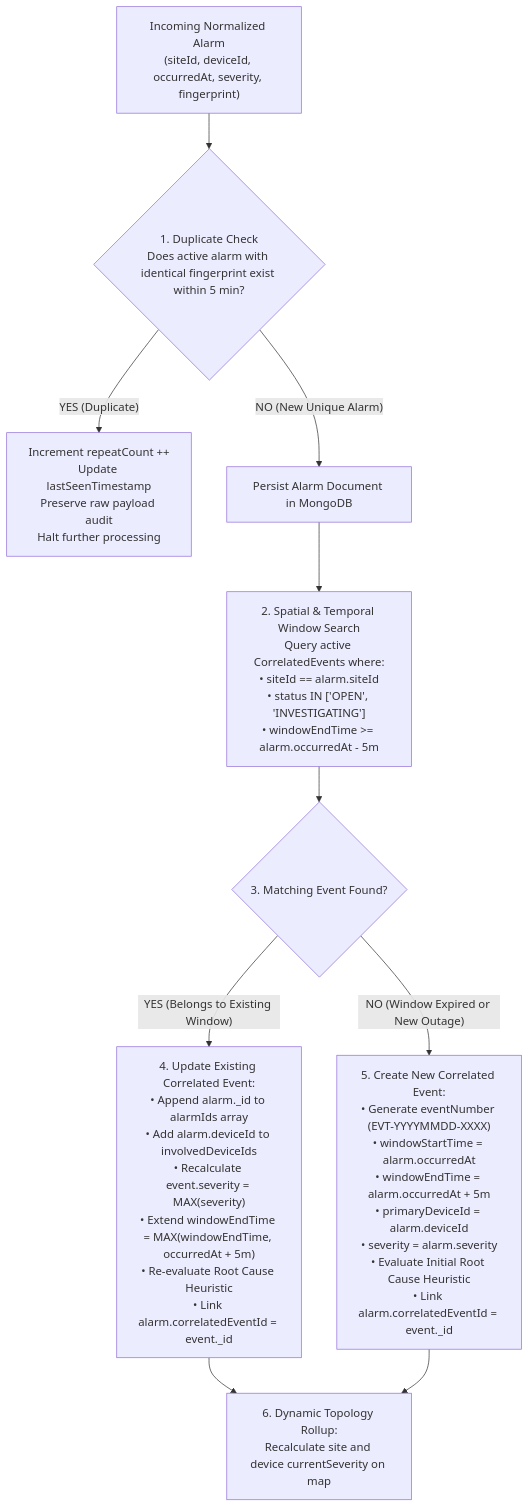
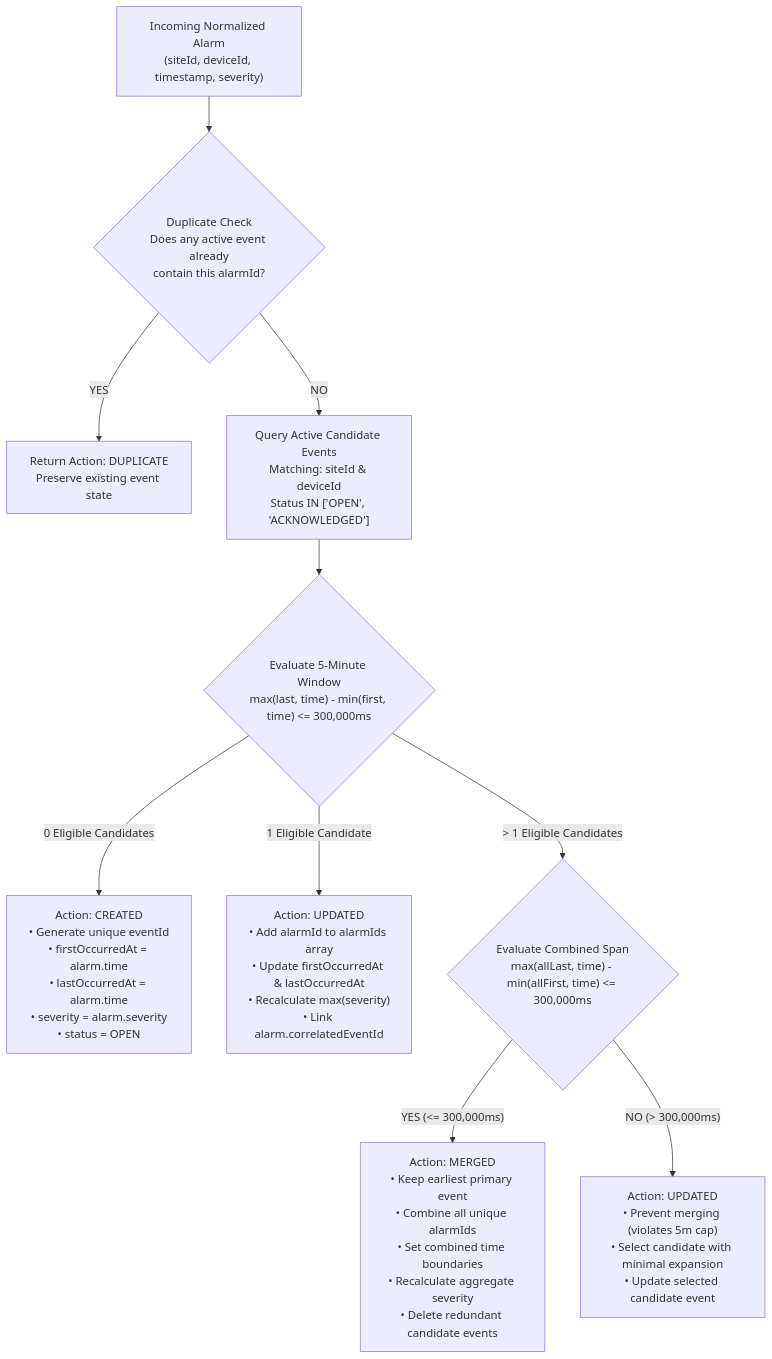
One commit to naveenxr/App360 changed the first of 2 diagrams in docs/correlation-logic.md. Above: the diagram before and after it, drawn with Mermaid. The commit also changed other lines of this file and 31 other files, not shown here.

Commit message:
feat(phase-4): implement AIOps alarm correlation engine with 5-minute window and candidate merging

````diff
--- a/docs/correlation-logic.md
+++ b/docs/correlation-logic.md
@@ -27,19 +28,20 @@
 ```mermaid
 flowchart TD
-    ALM_IN["Incoming Normalized Alarm<br/>(siteId, deviceId, occurredAt, severity, fingerprint)"] --> STEP_DEDUP{"1. Duplicate Check<br/>Does active alarm with identical fingerprint exist within 5 min?"}
+    INCOMING["Incoming Normalized Alarm<br/>(siteId, deviceId, timestamp, severity)"] --> DEDUP_CHECK{"Duplicate Check<br/>Does any active event already<br/>contain this alarmId?"}
     
-    STEP_DEDUP -- "YES (Duplicate)" --> ACT_DEDUP["Increment repeatCount ++<br/>Update lastSeenTimestamp<br/>Preserve raw payload audit<br/>Halt further processing"]
+    DEDUP_CHECK -- "YES" --> RET_DUP["Return Action: DUPLICATE<br/>Preserve existing event state"]
     
-    STEP_DEDUP -- "NO (New Unique Alarm)" --> STEP_PERSIST["Persist Alarm Document in MongoDB"]
+    DEDUP_CHECK -- "NO" --> CANDIDATE_QUERY["Query Active Candidate Events<br/>Matching: siteId & deviceId<br/>Status IN ['OPEN', 'ACKNOWLEDGED']"]
     
-    STEP_PERSIST --> STEP_QUERY["2. Spatial & Temporal Window Search<br/>Query active CorrelatedEvents where:<br/>• siteId == alarm.siteId<br/>• status IN ['OPEN', 'INVESTIGATING']<br/>• windowEndTime >= alarm.occurredAt - 5m"]
+    CANDIDATE_QUERY --> FILTER_ELIGIBLE{"Evaluate 5-Minute Window<br/>max(last, time) - min(first, time) <= 300,000ms"}
     
-    STEP_QUERY --> STEP_MATCH{"3. Matching Event Found?"}
+    FILTER_ELIGIBLE -- "0 Eligible Candidates" --> CREATE_EVENT["Action: CREATED<br/>• Generate unique eventId<br/>• firstOccurredAt = alarm.time<br/>• lastOccurredAt = alarm.time<br/>• severity = alarm.severity<br/>• status = OPEN"]
     
-    STEP_MATCH -- "YES (Belongs to Existing Window)" --> STEP_UPDATE["4. Update Existing Correlated Event:<br/>• Append alarm._id to alarmIds array<br/>• Add alarm.deviceId to involvedDeviceIds<br/>• Recalculate event.severity = MAX(severity)<br/>• Extend windowEndTime = MAX(windowEndTime, occurredAt + 5m)<br/>• Re-evaluate Root Cause Heuristic<br/>• Link alarm.correlatedEventId = event._id"]
+    FILTER_ELIGIBLE -- "1 Eligible Candidate" --> UPDATE_EVENT["Action: UPDATED<br/>• Add alarmId to alarmIds array<br/>• Update firstOccurredAt & lastOccurredAt<br/>• Recalculate max(severity)<br/>• Link alarm.correlatedEventId"]
     
-    STEP_MATCH -- "NO (Window Expired or New Outage)" --> STEP_CREATE["5. Create New Correlated Event:<br/>• Generate eventNumber (EVT-YYYYMMDD-XXXX)<br/>• windowStartTime = alarm.occurredAt<br/>• windowEndTime = alarm.occurredAt + 5m<br/>• primaryDeviceId = alarm.deviceId<br/>• severity = alarm.severity<br/>• Evaluate Initial Root Cause Heuristic<br/>• Link alarm.correlatedEventId = event._id"]
+    FILTER_ELIGIBLE -- "> 1 Eligible Candidates" --> EVAL_MERGE{"Evaluate Combined Span<br/>max(allLast, time) - min(allFirst, time) <= 300,000ms"}
     
-    STEP_UPDATE --> STEP_TOPOLOGY["6. Dynamic Topology Rollup:<br/>Recalculate site and device currentSeverity on map"]
-    STEP_CREATE --> STEP_TOPOLOGY
+    EVAL_MERGE -- "YES (<= 300,000ms)" --> MERGE_EVENTS["Action: MERGED<br/>• Keep earliest primary event<br/>• Combine all unique alarmIds<br/>• Set combined time boundaries<br/>• Recalculate aggregate severity<br/>• Delete redundant candidate events"]
+    
+    EVAL_MERGE -- "NO (> 300,000ms)" --> SELECT_BEST["Action: UPDATED<br/>• Prevent merging (violates 5m cap)<br/>• Select candidate with minimal expansion<br/>• Update selected candidate event"]
 ```
````
